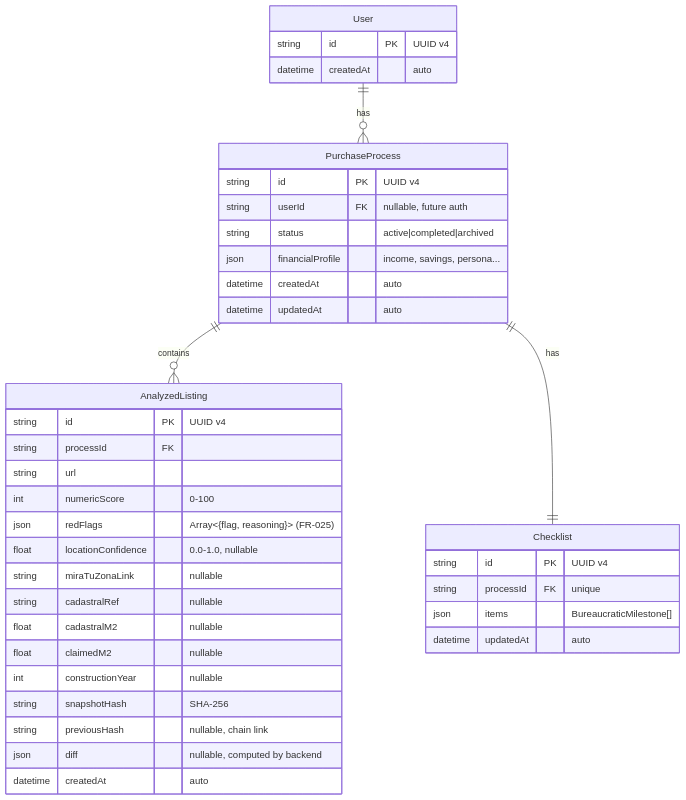
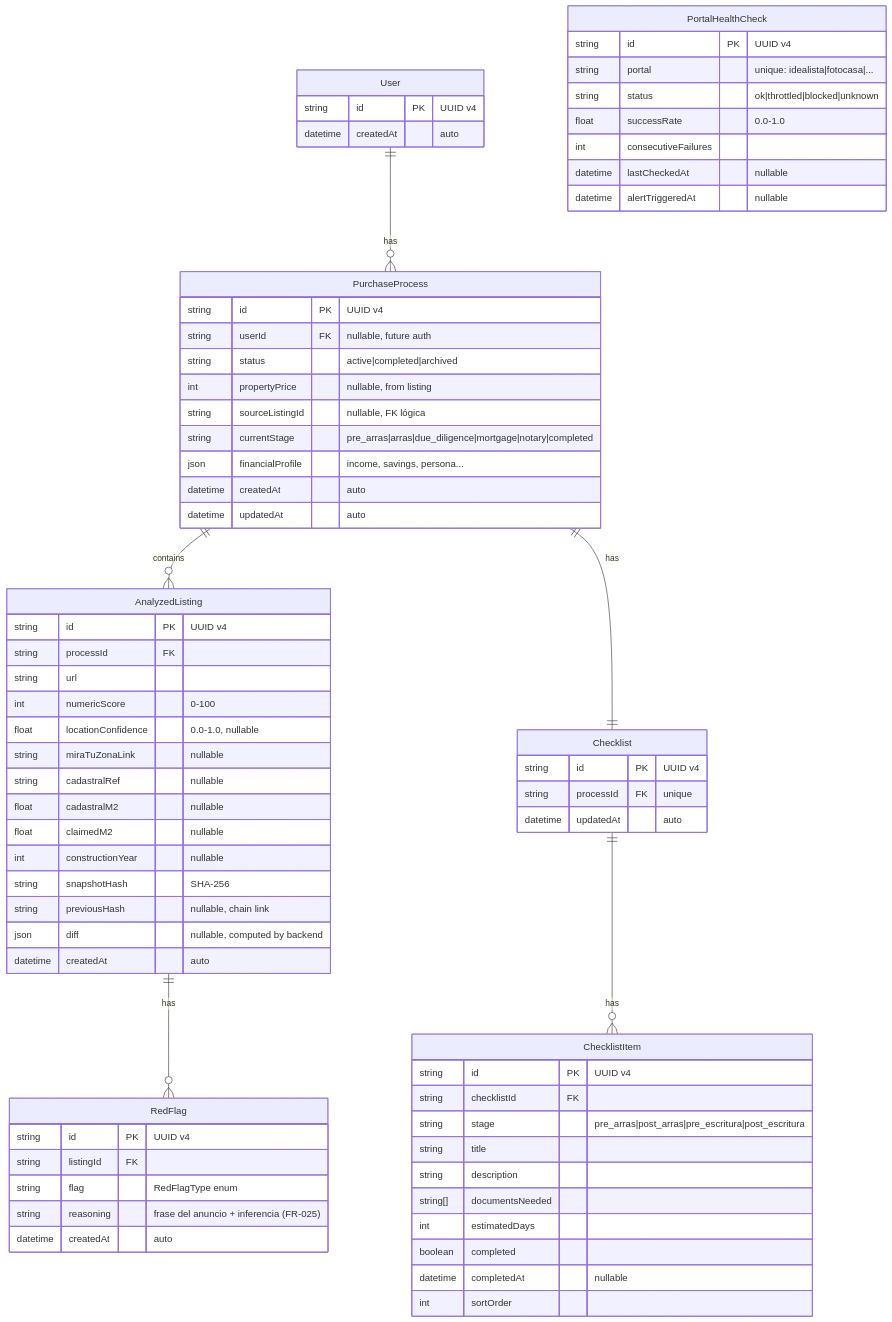
The diagram in readme.md (LIDR-academy/AI4Devs-finalproject), drawn with Mermaid before and after one commit. The commit also changed other lines of this file, not shown here.

First line of the commit message:
fix(readme): align with specs — redFlags objects, processSummary, ER diagram, endpoints

````diff
--- a/readme.md
+++ b/readme.md
@@ -221,45 +224,79 @@
 ```mermaid
 erDiagram
     User ||--o{ PurchaseProcess : has
     PurchaseProcess ||--o{ AnalyzedListing : contains
     PurchaseProcess ||--|| Checklist : has
+    AnalyzedListing ||--o{ RedFlag : has
+    Checklist ||--o{ ChecklistItem : has
 
     User {
         string id PK "UUID v4"
         datetime createdAt "auto"
     }
 
     PurchaseProcess {
         string id PK "UUID v4"
         string userId FK "nullable, future auth"
         string status "active|completed|archived"
+        int propertyPrice "nullable, from listing"
+        string sourceListingId "nullable, FK lógica"
+        string currentStage "pre_arras|arras|due_diligence|mortgage|notary|completed"
         json financialProfile "income, savings, persona..."
         datetime createdAt "auto"
         datetime updatedAt "auto"
     }
 
     AnalyzedListing {
         string id PK "UUID v4"
         string processId FK
         string url
         int numericScore "0-100"
-        json redFlags "Array<{flag, reasoning}> (FR-025)"
         float locationConfidence "0.0-1.0, nullable"
         string miraTuZonaLink "nullable"
         string cadastralRef "nullable"
         float cadastralM2 "nullable"
         float claimedM2 "nullable"
         int constructionYear "nullable"
         string snapshotHash "SHA-256"
         string previousHash "nullable, chain link"
         json diff "nullable, computed by backend"
         datetime createdAt "auto"
     }
 
+    RedFlag {
+        string id PK "UUID v4"
+        string listingId FK
+        string flag "RedFlagType enum"
+        string reasoning "frase del anuncio + inferencia (FR-025)"
+        datetime createdAt "auto"
+    }
+
     Checklist {
         string id PK "UUID v4"
         string processId FK "unique"
-        json items "BureaucraticMilestone[]"
         datetime updatedAt "auto"
     }
+
+    ChecklistItem {
+        string id PK "UUID v4"
+        string checklistId FK
+        string stage "pre_arras|post_arras|pre_escritura|post_escritura"
+        string title
+        string description
+        string[] documentsNeeded
+        int estimatedDays
+        boolean completed
+        datetime completedAt "nullable"
+        int sortOrder
+    }
+
+    PortalHealthCheck {
+        string id PK "UUID v4"
+        string portal "unique: idealista|fotocasa|..."
+        string status "ok|throttled|blocked|unknown"
+        float successRate "0.0-1.0"
+        int consecutiveFailures
+        datetime lastCheckedAt "nullable"
+        datetime alertTriggeredAt "nullable"
+    }
 ```
````
